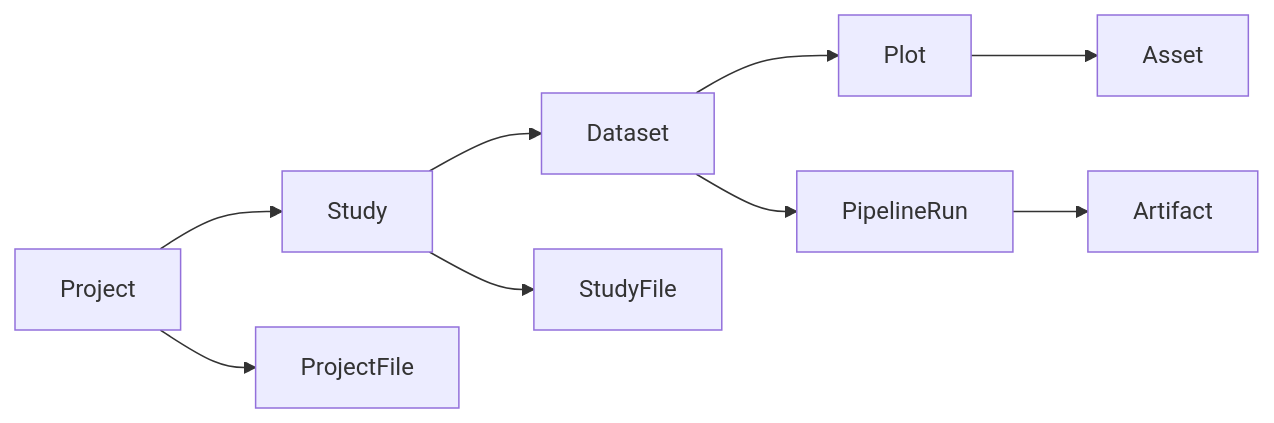
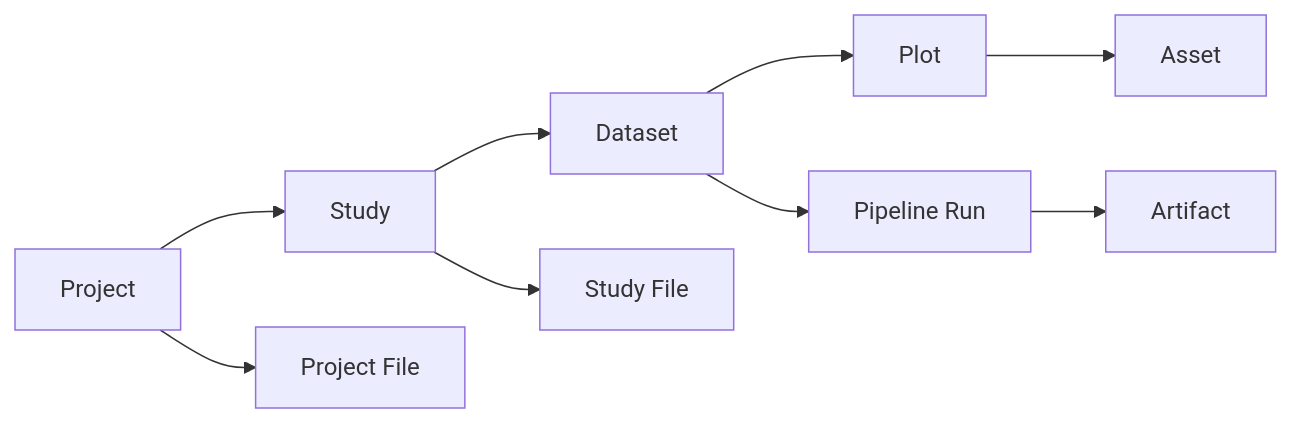
The diagram in docs/index.md (OpenSciML/phenoworks-web), drawn with Mermaid before and after one commit. The commit also changed other lines of this file and 30 other files, not shown here.

````diff
--- a/docs/index.md
+++ b/docs/index.md
@@ -91,11 +29,11 @@
 ```mermaid
 flowchart LR
   Project --> Study
+  Project --> ProjectFile[Project File]
   Study --> Dataset
+  Study --> StudyFile[Study File]
   Dataset --> Plot
   Plot --> Asset
-  Project --> ProjectFile
-  Study --> StudyFile
-  Dataset --> PipelineRun
+  Dataset --> PipelineRun[Pipeline Run]
   PipelineRun --> Artifact
 ```
````
